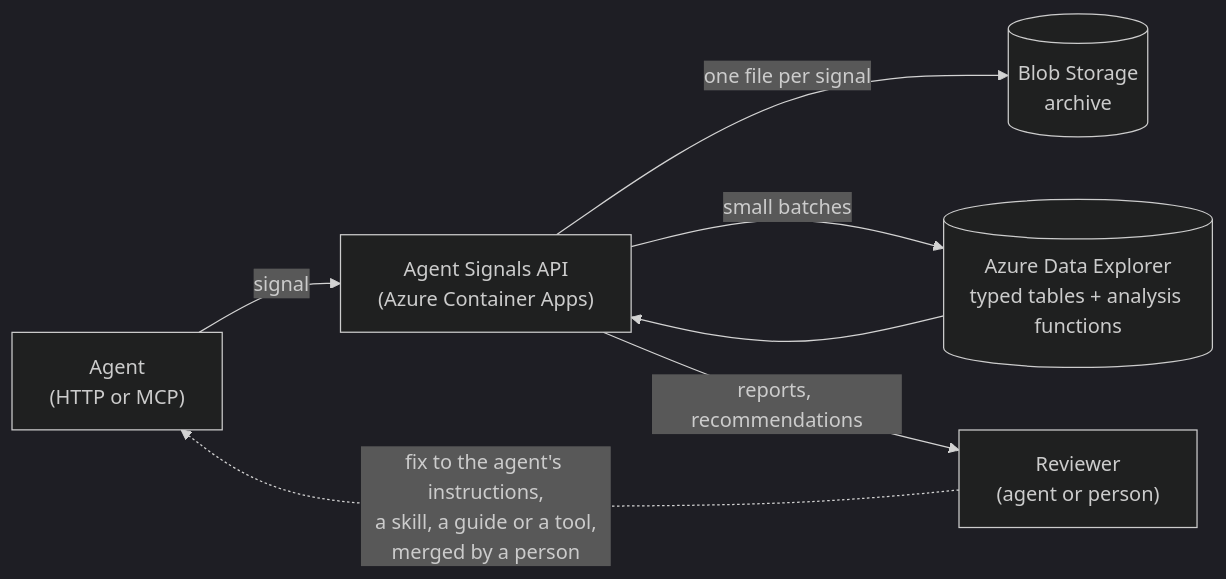
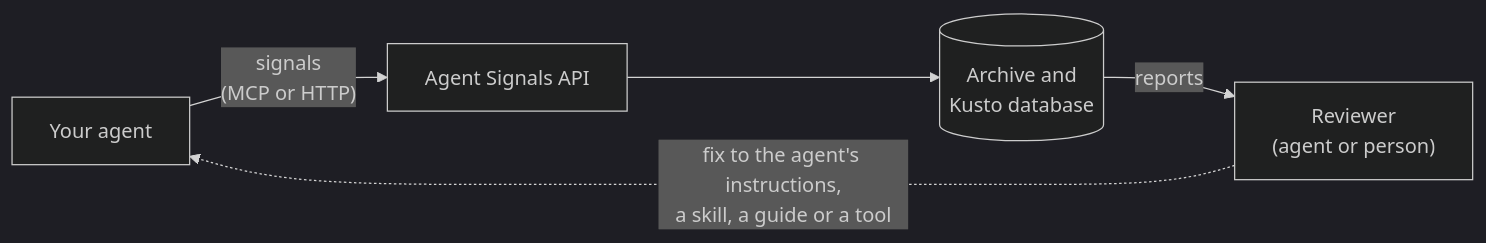
One commit to jmprieur/agent-signals-service changed the diagram in README.md. Above: the diagram before and after it, drawn with Mermaid (dark theme). The commit also changed other lines of this file and 10 other files, not shown here.

First line of the commit message:
Restructure the docs for newcomers: one reading path, MCP first, fixes from review

````diff
--- a/README.md
+++ b/README.md
@@ -43,9 +65,7 @@
 ```mermaid
 flowchart LR
-    Agent["Agent<br/>(HTTP or MCP)"] -->|signal| API["Agent Signals API<br/>(Azure Container Apps)"]
-    API -->|"one file per signal"| Blob[("Blob Storage<br/>archive")]
-    API -->|"small batches"| Kusto[("Azure Data Explorer<br/>typed tables + analysis functions")]
-    Kusto --> API
-    API -->|reports, recommendations| Reviewer["Reviewer<br/>(agent or person)"]
-    Reviewer -.->|"fix to the agent's instructions,<br/>a skill, a guide or a tool,<br/>merged by a person"| Agent
+    Agent["Your agent"] -->|"signals<br/>(MCP or HTTP)"| API["Agent Signals API"]
+    API --> Store[("Archive and<br/>Kusto database")]
+    Store -->|reports| Reviewer["Reviewer<br/>(agent or person)"]
+    Reviewer -.->|"fix to the agent's instructions,<br/>a skill, a guide or a tool"| Agent
 ```
````
